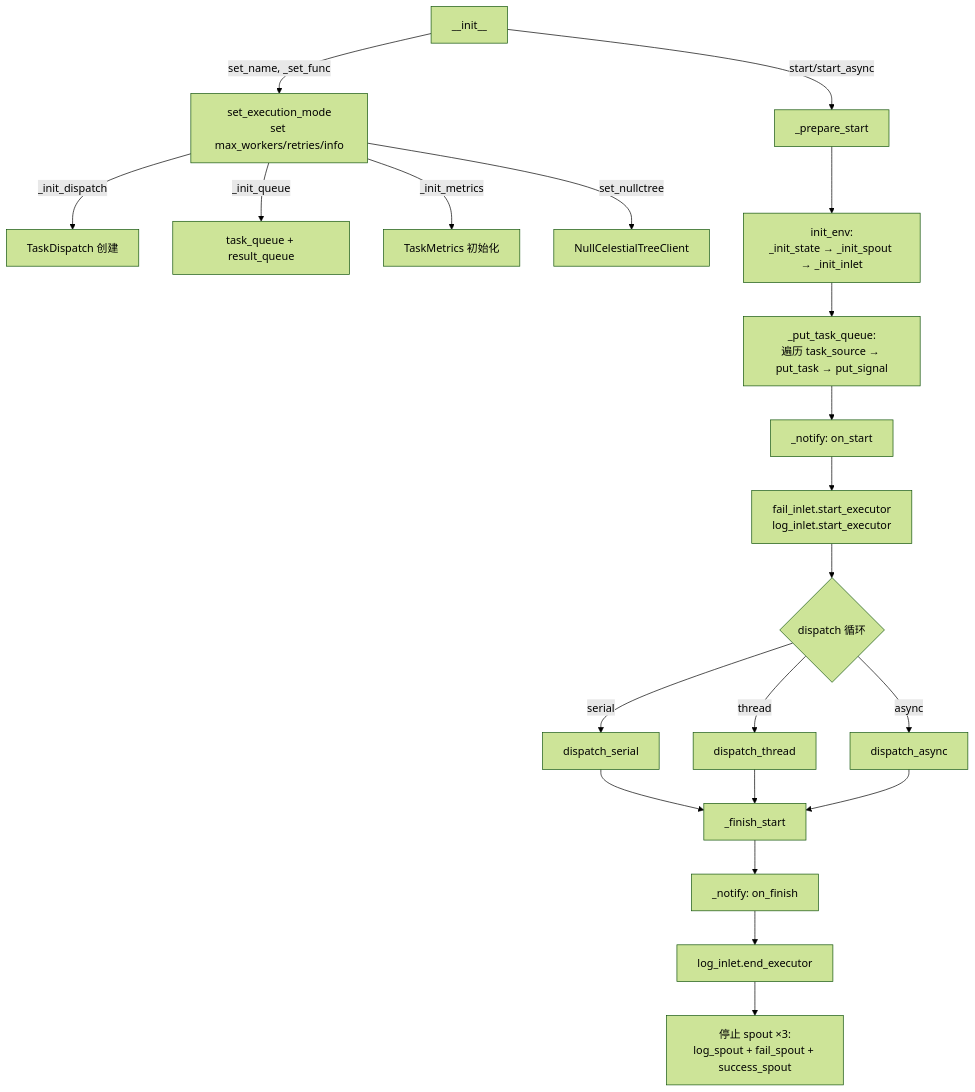
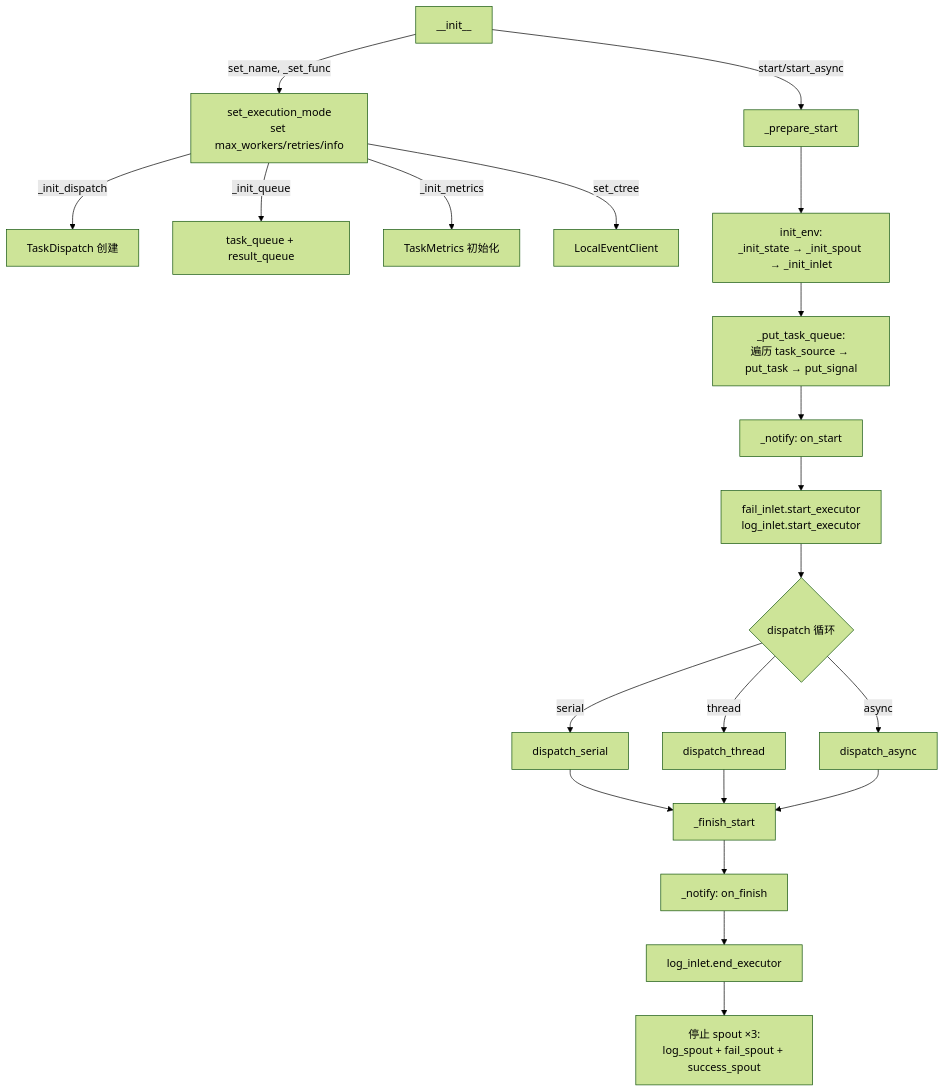
Before and after one commit to Mr-xiaotian/CelestialFlow: the diagram in docs/zh-CN/src/stage/core_executor.md, drawn with Mermaid (forest theme). The commit also changed other lines of this file and 9 other files, not shown here.

````diff
--- a/docs/zh-CN/src/stage/core_executor.md
+++ b/docs/zh-CN/src/stage/core_executor.md
@@ -164,27 +165,27 @@
 ```mermaid
 flowchart TD
     INIT[__init__] -->|set_name, _set_func| CONFIG[set_execution_mode<br/>set max_workers/retries/info]
     CONFIG -->|_init_dispatch| DISPATCH[TaskDispatch 创建]
     CONFIG -->|_init_queue| QUEUE[task_queue + result_queue]
     CONFIG -->|_init_metrics| METRICS[TaskMetrics 初始化]
-    CONFIG -->|set_nullctree| CTREE[NullCelestialTreeClient]
+    CONFIG -->|set_ctree| CTREE[LocalEventClient]
 
     INIT -->|start/start_async| PREPARE[_prepare_start]
     PREPARE --> ENV[init_env:<br/>_init_state → _init_spout → _init_inlet]
     ENV --> PUT[_put_task_queue:<br/>遍历 task_source → put_task → put_signal]
     PUT --> NOTIFY_START[_notify: on_start]
     NOTIFY_START --> LOG_START[fail_inlet.start_executor<br/>log_inlet.start_executor]
 
     LOG_START --> RUN{dispatch 循环}
     RUN -->|serial| SERIAL[dispatch_serial]
     RUN -->|thread| THREAD[dispatch_thread]
     RUN -->|async| ASYNC[dispatch_async]
 
     SERIAL --> FINISH[_finish_start]
     THREAD --> FINISH
     ASYNC --> FINISH
 
     FINISH --> NOTIFY_END[_notify: on_finish]
     NOTIFY_END --> LOG_END[log_inlet.end_executor]
     LOG_END --> STOP[停止 spout ×3:<br/>log_spout + fail_spout + success_spout]
 ```
````
